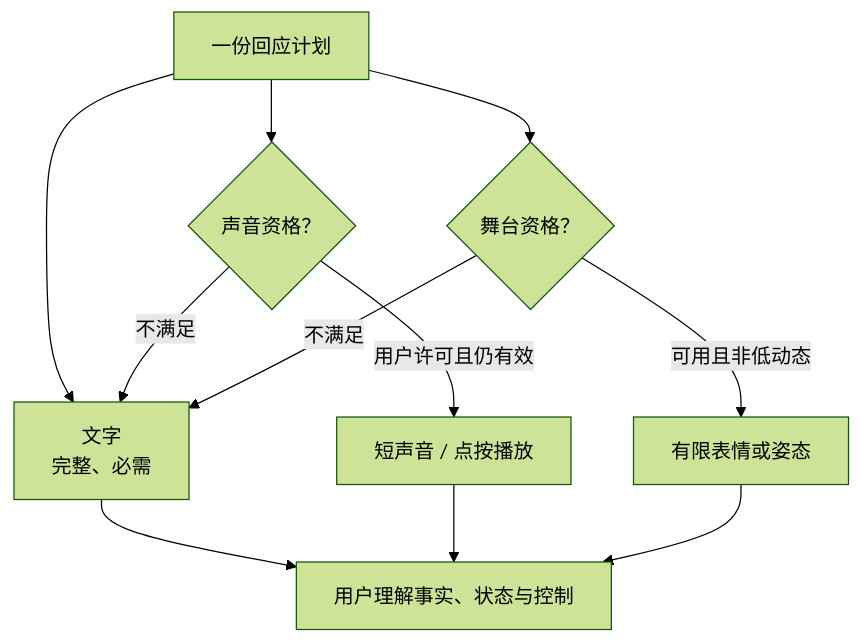
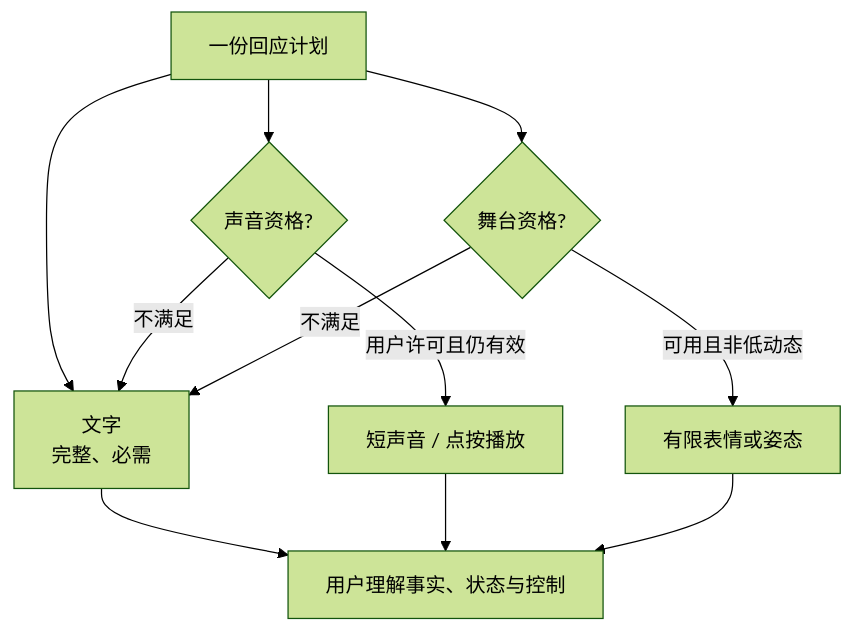
The sixth of 8 diagrams in docs/球球全套资料/4.产品设计/33A-数字球友Agent运行时与决策编排设计.md (weiz98417-crypto/qiuqiu), drawn with Mermaid (forest theme) before and after one commit. The commit also changed other lines of this file and 49 other files, not shown here.

```diff
--- a/docs/球球全套资料/4.产品设计/33A-数字球友Agent运行时与决策编排设计.md
+++ b/docs/球球全套资料/4.产品设计/33A-数字球友Agent运行时与决策编排设计.md
@@ -481,13 +560,13 @@
 ~~~mermaid
 flowchart TD
     P["一份回应计划"] --> T["文字<br/>完整、必需"]
-    P --> A{"声音资格？"}
-    P --> V{"舞台资格？"}
+    P --> A{"声音资格?"}
+    P --> V{"舞台资格?"}
     A -->|"用户许可且仍有效"| A1["短声音 / 点按播放"]
     A -->|"不满足"| T
     V -->|"可用且非低动态"| V1["有限表情或姿态"]
     V -->|"不满足"| T
     T --> U["用户理解事实、状态与控制"]
     A1 --> U
     V1 --> U
 ~~~
```
